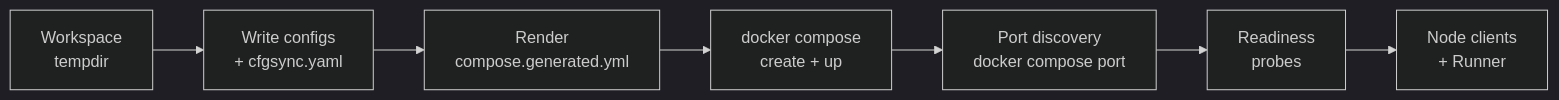
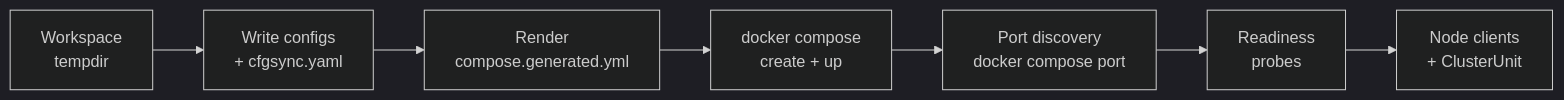
The diagram in book/src/deployer-compose.md (logos-blockchain/logos-blockchain-testing), drawn with Mermaid (dark theme) before and after one commit. The commit also changed other lines of this file and 47 other files, not shown here.

````diff
--- a/book/src/deployer-compose.md
+++ b/book/src/deployer-compose.md
@@ -27,9 +31,9 @@
 ```mermaid
 flowchart LR
     A[Workspace<br/>tempdir] --> B[Write configs<br/>+ cfgsync.yaml]
     B --> C[Render<br/>compose.generated.yml]
     C --> D[docker compose<br/>create + up]
     D --> E[Port discovery<br/>docker compose port]
     E --> F[Readiness<br/>probes]
-    F --> G[Node clients<br/>+ Runner]
+    F --> G[Node clients<br/>+ ClusterUnit]
 ```
````
